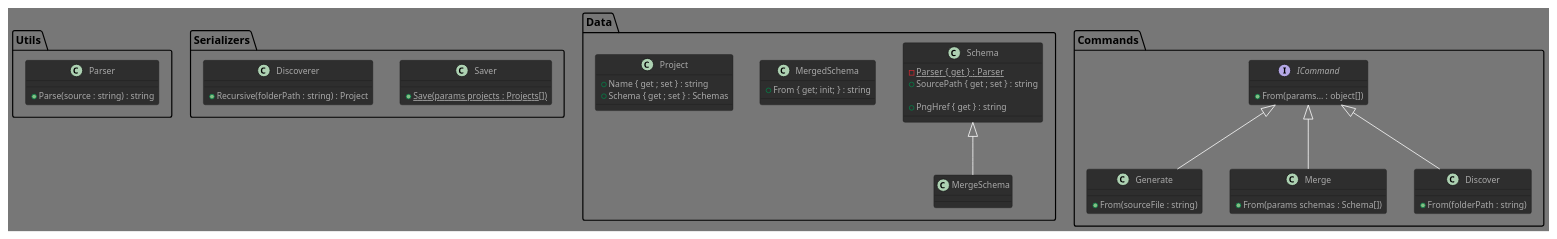
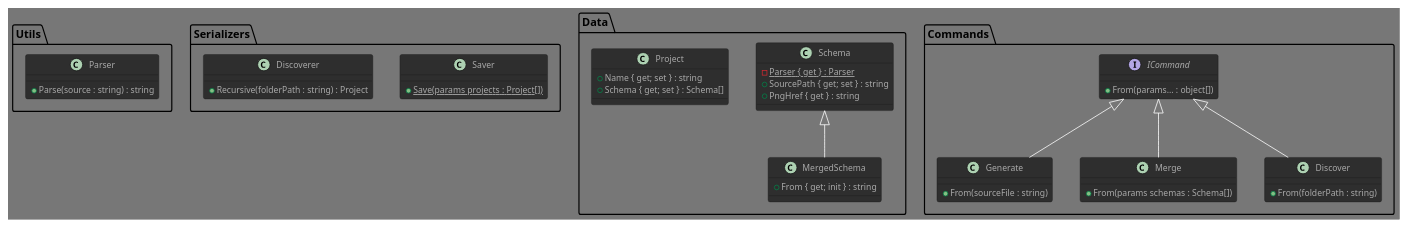
One commit to GlazKrovi/PumlPlaner changed the diagram in PumlSchemasManager/lib.puml. Above: the diagram before and after it, drawn with PlantUML. The commit also changed 1 other file, not shown here.

Commit message:
format plantuml

```diff
--- a/PumlSchemasManager/lib.puml
+++ b/PumlSchemasManager/lib.puml
@@ -1,68 +1,62 @@
 @startuml PumlSchemasManager
 
 !theme reddress-darkgreen
 
-package Utils {
-  class Parser {
-    + Parse(source : string) : string  
-  }
+package "Utils" {
+    class Parser {
+        + Parse(source : string) : string
+    }
 }
 
-package Serializers {
+package "Serializers" {
     class Saver {
-        + {static} Save(params projects : Projects[])
-      }
+        + {static} Save(params projects : Project[])
+    }
 
     class Discoverer {
         + Recursive(folderPath : string) : Project
     }
 }
 
+package "Data" {
+    class Schema {
+        - {static} Parser { get } : Parser
+        + SourcePath { get; set } : string
+        + PngHref { get } : string
+    }
 
-package Data {
-  class Schema {
-    - {static} Parser { get }  : Parser
-    + SourcePath { get ; set } : string
+    class MergedSchema {
+        + From { get; init } : string
+    }
 
-    ' generated on first demand ; can throw errors
-    + PngHref { get } : string
-  }
+    class Project {
+        + Name { get; set } : string
+        + Schema { get; set } : Schema[]
+    }
 
-   Schema <|-- MergeSchema
-  class MergedSchema  {
-    + From { get; init; } : string
-  }
-
-  class Project {
-    + Name { get ; set } : string
-    + Schema { get ; set } : Schemas
-  }
-
-
+    Schema <|-- MergedSchema
 }
 
-package Commands {
+package "Commands" {
     interface ICommand {
         + From(params... : object[])
     }
 
-    ICommand <|-- Generate
     class Generate {
         + From(sourceFile : string)
     }
 
-    ICommand <|-- Merge
     class Merge {
         + From(params schemas : Schema[])
     }
 
-    ICommand <|-- Discover
     class Discover {
-     ' and save into projects list
         + From(folderPath : string)
     }
+
+    ICommand <|-- Generate
+    ICommand <|-- Merge
+    ICommand <|-- Discover
 }
 
-
-
 @enduml
```
